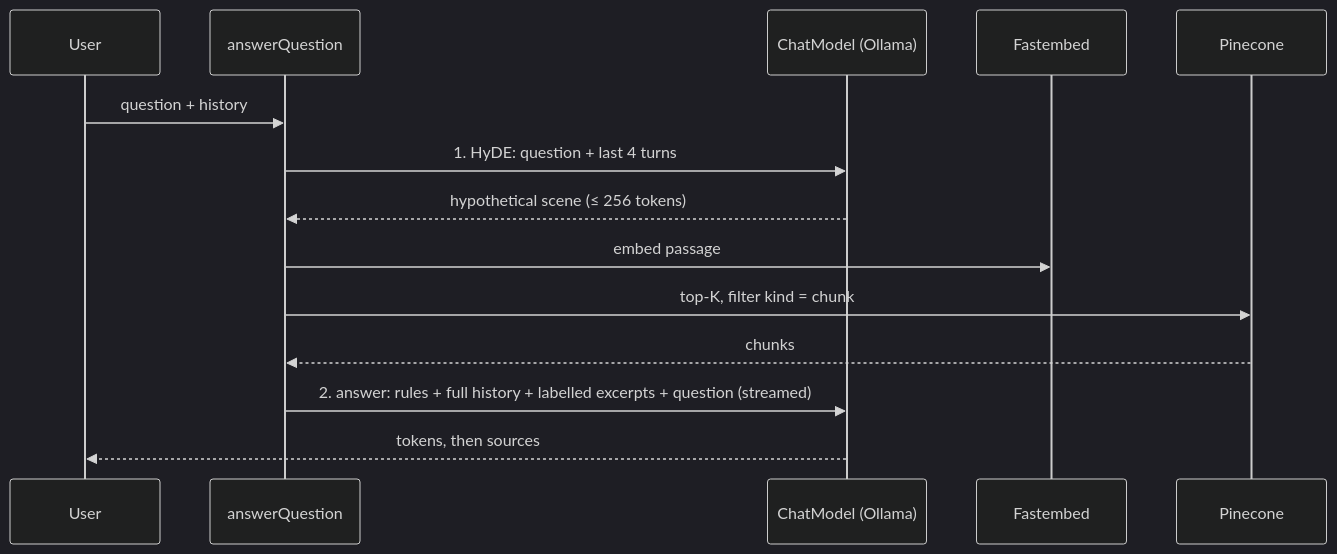
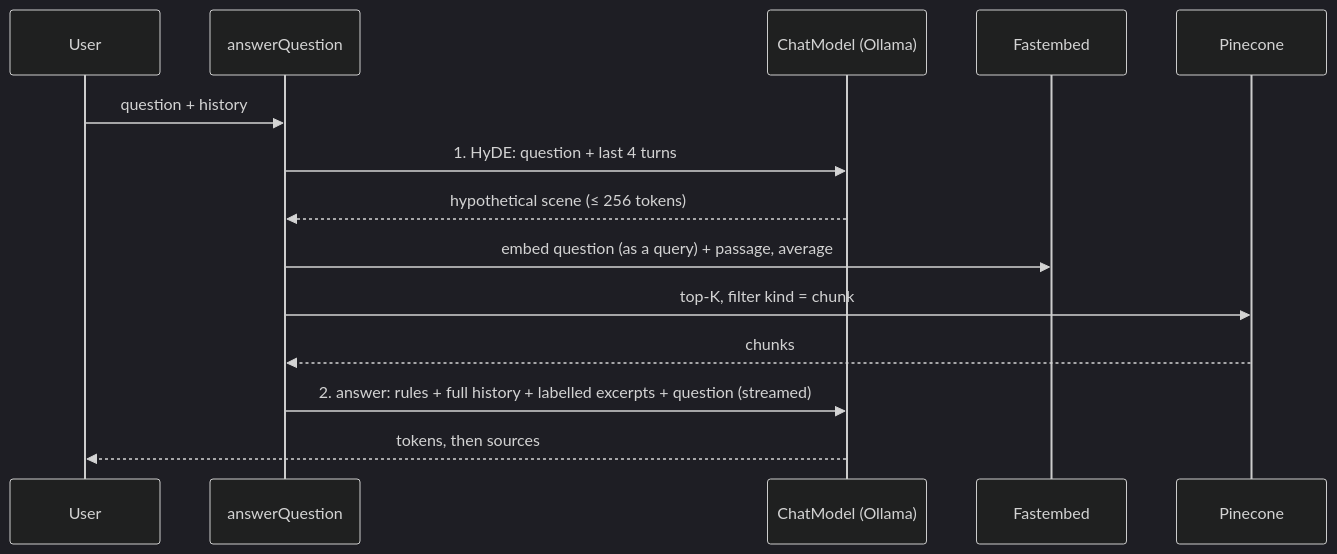
The diagram in docs/adr/0004-query-pipeline.md (SamuGG/rag-learning), drawn with Mermaid (dark theme) before and after one commit. The commit also changed other lines of this file and 12 other files, not shown here.

First line of the commit message:
fix(query): Blend question into retrieval and verify citations

````diff
--- a/docs/adr/0004-query-pipeline.md
+++ b/docs/adr/0004-query-pipeline.md
@@ -14,16 +14,16 @@
 ```mermaid
 sequenceDiagram
   participant U as User
   participant P as answerQuestion
   participant L as ChatModel (Ollama)
   participant E as Fastembed
   participant S as Pinecone
   U->>P: question + history
   P->>L: 1. HyDE: question + last 4 turns
   L-->>P: hypothetical scene (≤ 256 tokens)
-  P->>E: embed passage
+  P->>E: embed question (as a query) + passage, average
   P->>S: top-K, filter kind = chunk
   S-->>P: chunks
   P->>L: 2. answer: rules + full history + labelled excerpts + question (streamed)
   L-->>U: tokens, then sources
 ```
````
